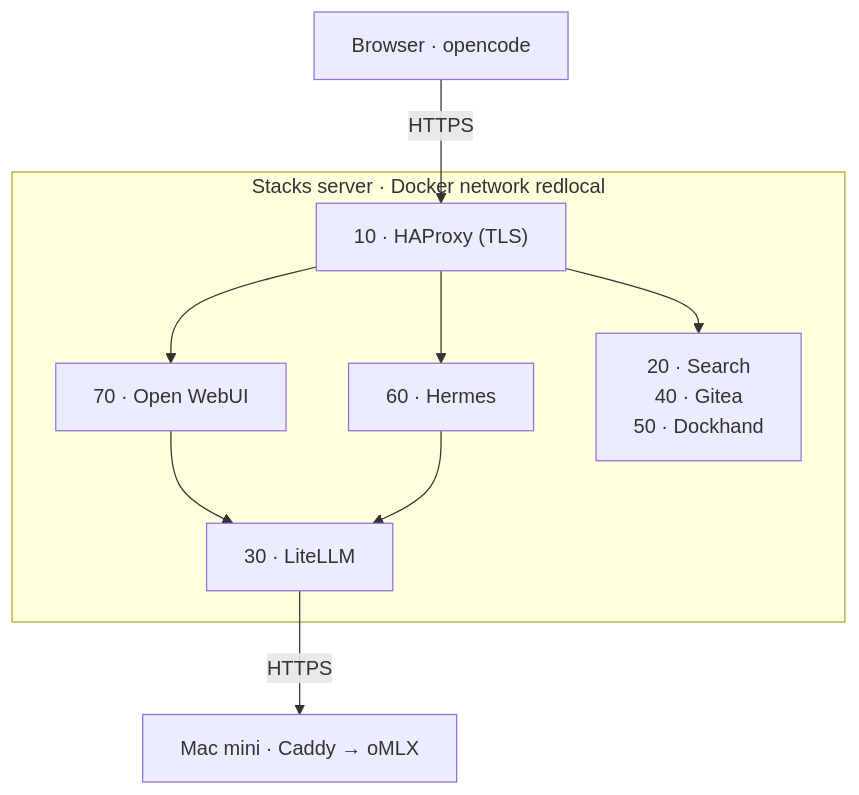
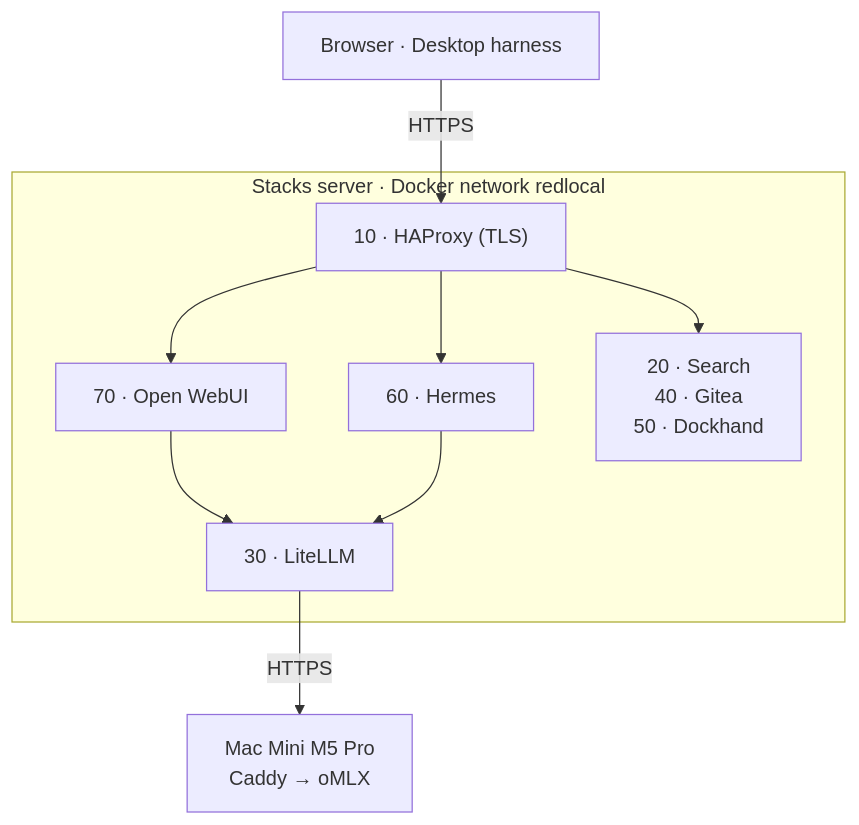
Before and after one commit to ea1het/local_hybrid_ai: the diagram in README.md, drawn with Mermaid. The commit also changed 2 other files, not shown here.

Commit message:
fixes in docs and mpl evaluation in pipeline

````diff
--- a/README.md
+++ b/README.md
@@ -17,16 +17,17 @@
 ```mermaid
 flowchart TB
-    Clients["Browser · opencode"]
+    Clients["Browser · Desktop harness"]
     subgraph server["Stacks server · Docker network redlocal"]
         HAProxy["10 · HAProxy (TLS)"]
         WebUI["70 · Open WebUI"]
         Hermes["60 · Hermes"]
         Others["20 · Search<br/>40 · Gitea<br/>50 · Dockhand"]
         LiteLLM["30 · LiteLLM"]
     end
-    oMLX["Mac mini · Caddy → oMLX"]
+    oMLX["Mac Mini M5 Pro 
+    Caddy → oMLX"]
     Clients -->|HTTPS| HAProxy
     HAProxy --> WebUI & Hermes & Others
     WebUI & Hermes --> LiteLLM
     LiteLLM -->|HTTPS| oMLX
 ```
````
